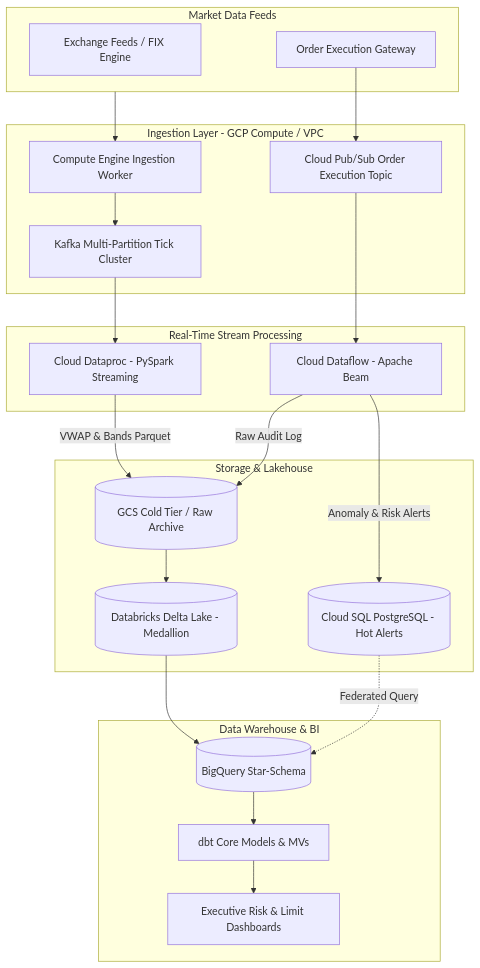
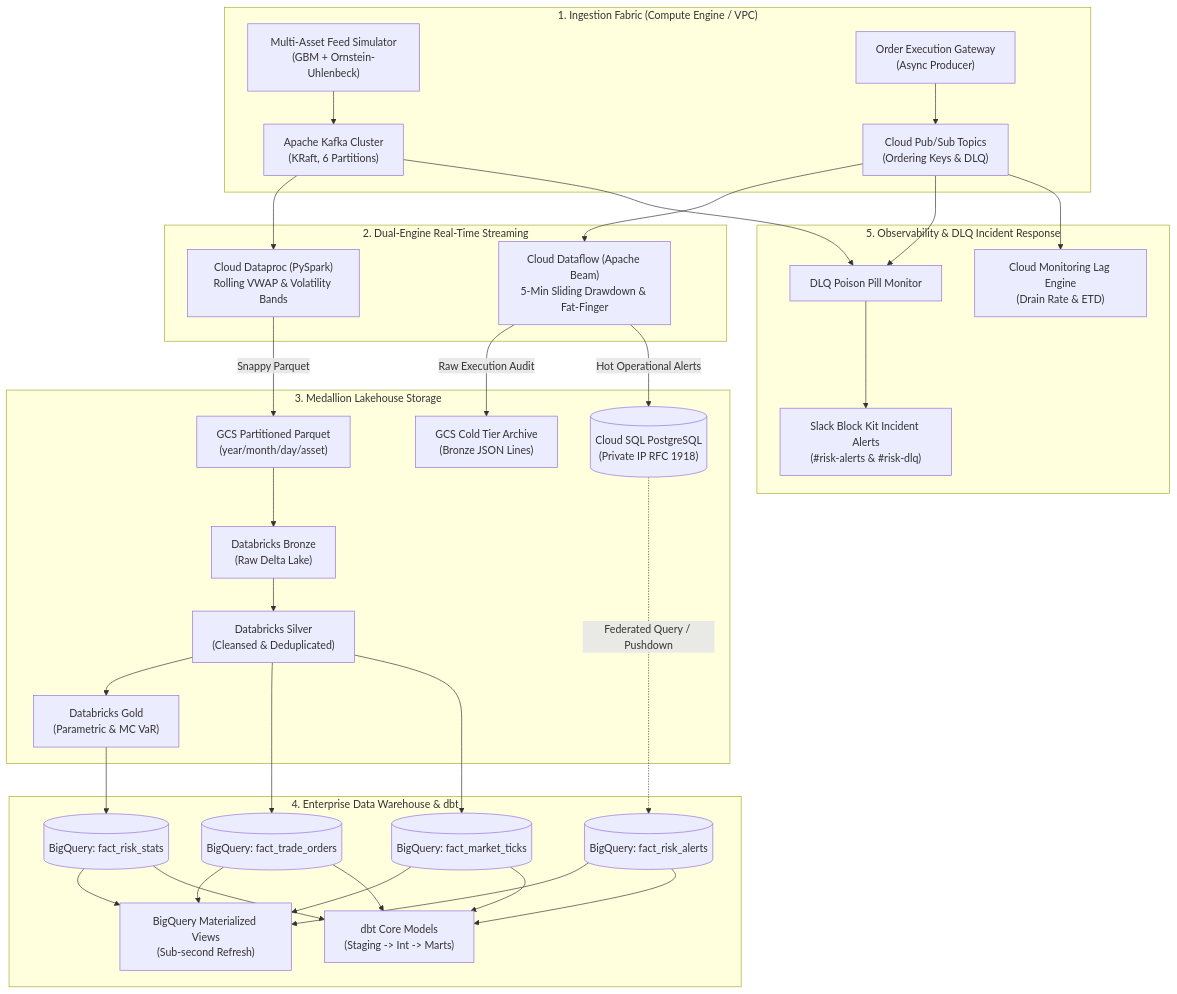
Before and after one commit to gandupradeep2026/trading-risk-engine: the first of 5 diagrams in README.md, drawn with Mermaid. The commit also changed other lines of this file and 10 other files, not shown here.

Commit message:
feat(day-30): executive architecture readme, mermaid diagrams, benchmarks, and portfolio case study

````diff
--- a/README.md
+++ b/README.md
@@ -11,48 +20,36 @@
 ```mermaid
 flowchart TD
-    subgraph MarketDataSources [Market Data Feeds]
-        EOD[Exchange Feeds / FIX Engine]
-        OrderRouter[Order Execution Gateway]
+    subgraph IngestionFabric["1. Ingestion Fabric (Compute Engine / VPC)"]
+        MKT["Multi-Asset Feed Simulator<br/>(GBM + Ornstein-Uhlenbeck)"] --> KAFKA["Apache Kafka Cluster<br/>(KRaft, 6 Partitions)"]
+        ORDERS["Order Execution Gateway<br/>(Async Producer)"] --> PUBSUB["Cloud Pub/Sub Topics<br/>(Ordering Keys & DLQ)"]
     end
 
-    subgraph Ingestion [Ingestion Layer - GCP Compute / VPC]
-        WorkerVM[Compute Engine Ingestion Worker]
-        KafkaCluster[Kafka Multi-Partition Tick Cluster]
-        PubSub[Cloud Pub/Sub Order Execution Topic]
+    subgraph StreamingCompute["2. Dual-Engine Real-Time Streaming"]
+        KAFKA --> SPARK["Cloud Dataproc (PySpark)<br/>Rolling VWAP & Volatility Bands"]
+        PUBSUB --> BEAM["Cloud Dataflow (Apache Beam)<br/>5-Min Sliding Drawdown & Fat-Finger"]
     end
 
-    subgraph StreamingCompute [Real-Time Stream Processing]
-        Dataflow[Cloud Dataflow - Apache Beam]
-        Dataproc[Cloud Dataproc - PySpark Streaming]
+    subgraph StorageLakehouse["3. Medallion Lakehouse Storage"]
+        BEAM -->|Raw Execution Audit| GCS_RAW["GCS Cold Tier Archive<br/>(Bronze JSON Lines)"]
+        BEAM -->|Hot Operational Alerts| CSQL[("Cloud SQL PostgreSQL<br/>(Private IP RFC 1918)")]
+        SPARK -->|Snappy Parquet| GCS_PARQUET["GCS Partitioned Parquet<br/>(year/month/day/asset)"]
+        GCS_PARQUET --> BRONZE["Databricks Bronze<br/>(Raw Delta Lake)"]
+        BRONZE --> SILVER["Databricks Silver<br/>(Cleansed & Deduplicated)"]
+        SILVER --> GOLD["Databricks Gold<br/>(Parametric & MC VaR)"]
     end
 
-    subgraph StorageLakehouse [Storage & Lakehouse]
-        GCS[(GCS Cold Tier / Raw Archive)]
-        CloudSQL[(Cloud SQL PostgreSQL - Hot Alerts)]
-        DeltaLake[(Databricks Delta Lake - Medallion)]
+    subgraph AnalyticsDWH["4. Enterprise Data Warehouse & dbt"]
+        CSQL -.->|Federated Query / Pushdown| BQ_ALERTS[("BigQuery: fact_risk_alerts")]
+        SILVER --> BQ_ORDERS[("BigQuery: fact_trade_orders")]
+        SILVER --> BQ_TICKS[("BigQuery: fact_market_ticks")]
+        GOLD --> BQ_STATS[("BigQuery: fact_risk_stats")]
+        BQ_ORDERS & BQ_TICKS & BQ_STATS & BQ_ALERTS --> MVS["BigQuery Materialized Views<br/>(Sub-second Refresh)"]
+        BQ_ORDERS & BQ_TICKS & BQ_STATS & BQ_ALERTS --> DBT["dbt Core Models<br/>(Staging -> Int -> Marts)"]
     end
 
-    subgraph AnalyticsDWH [Data Warehouse & BI]
-        BigQuery[(BigQuery Star-Schema)]
-        dbt[dbt Core Models & MVs]
-        RiskDashboard[Executive Risk & Limit Dashboards]
+    subgraph ObservabilityOps["5. Observability & DLQ Incident Response"]
+        PUBSUB & KAFKA --> DLQ_MON["DLQ Poison Pill Monitor"]
+        DLQ_MON --> SLACK["Slack Block Kit Incident Alerts<br/>(#risk-alerts & #risk-dlq)"]
+        PUBSUB --> LAG_MON["Cloud Monitoring Lag Engine<br/>(Drain Rate & ETD)"]
     end
-
-    MarketDataSources --> WorkerVM
-    WorkerVM --> KafkaCluster
-    OrderRouter --> PubSub
-
-    KafkaCluster --> Dataproc
-    PubSub --> Dataflow
-
-    Dataflow -->|Anomaly & Risk Alerts| CloudSQL
-    Dataflow -->|Raw Audit Log| GCS
-
-    Dataproc -->|VWAP & Bands Parquet| GCS
-    GCS --> DeltaLake
-    DeltaLake --> BigQuery
-
-    BigQuery --> dbt
-    dbt --> RiskDashboard
-    CloudSQL -.->|Federated Query| BigQuery
 ```
````
